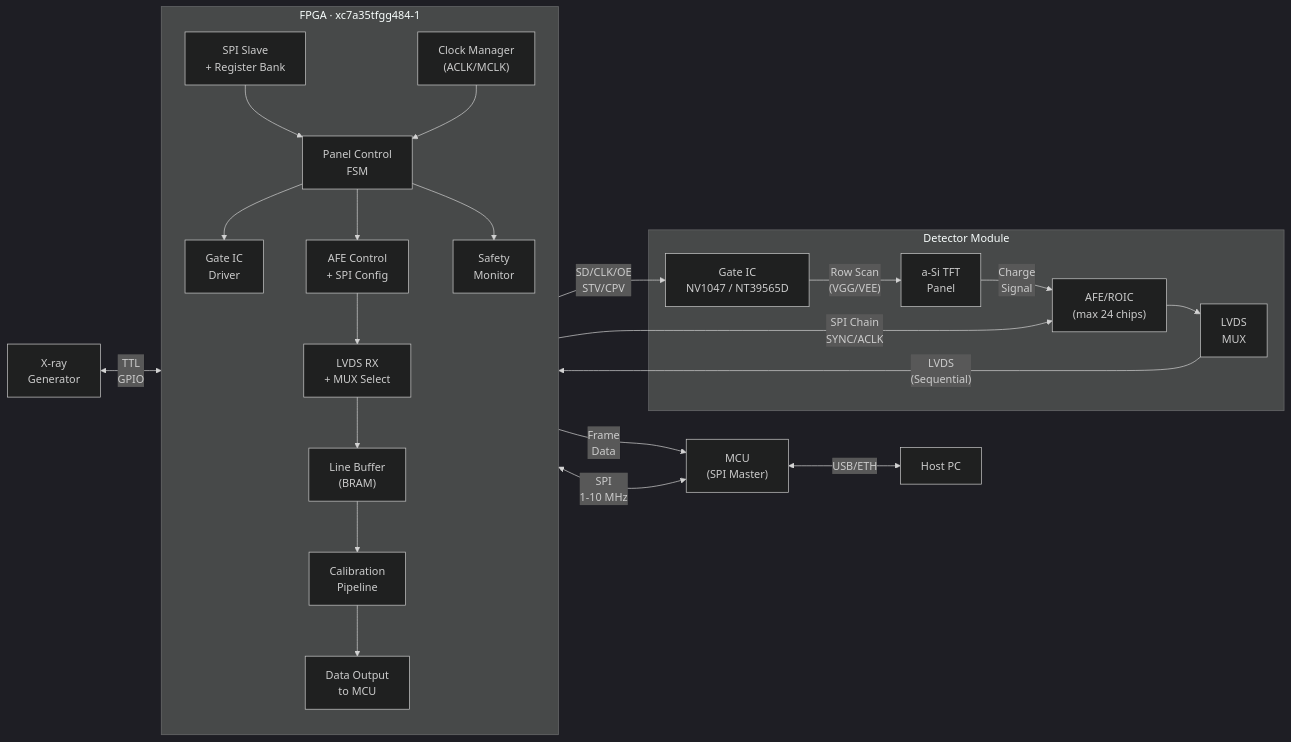
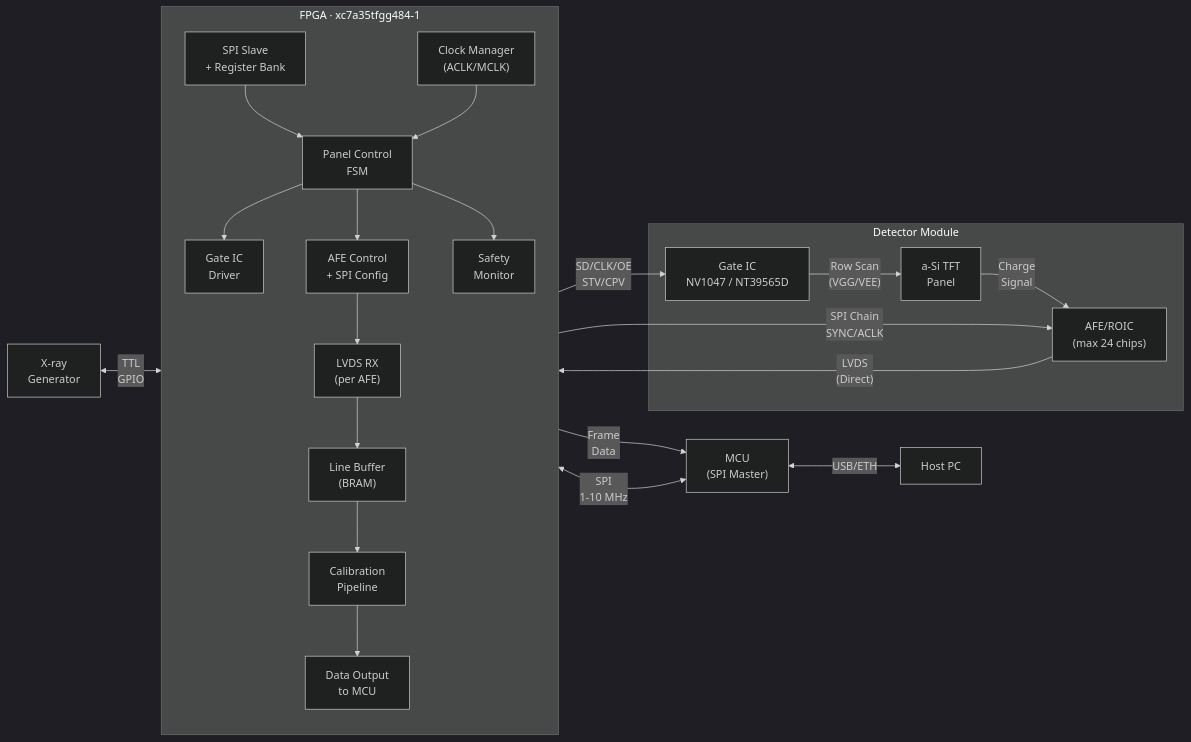
The first of 3 diagrams in README.md (holee9/panel-operation), drawn with Mermaid (dark theme) before and after one commit. The commit also changed other lines of this file, not shown here.

First line of the commit message:
fix: AFE LVDS 직결 구조로 수정 — 외부 MUX 제거

````diff
--- a/README.md
+++ b/README.md
@@ -15,49 +15,47 @@
 ```mermaid
 flowchart LR
     GEN["X-ray\nGenerator"]
     MCU["MCU\n(SPI Master)"]
     PC["Host PC"]
 
     subgraph FPGA["FPGA  ·  xc7a35tfgg484-1"]
         direction TB
         A1["SPI Slave\n+ Register Bank"]
         A2["Clock Manager\n(ACLK/MCLK)"]
         A3["Panel Control\nFSM"]
         A4["Gate IC\nDriver"]
         A5["AFE Control\n+ SPI Config"]
-        A6["LVDS RX\n+ MUX Select"]
+        A6["LVDS RX\n(per AFE)"]
         A7["Line Buffer\n(BRAM)"]
         A8["Calibration\nPipeline"]
         A9["Data Output\nto MCU"]
         A10["Safety\nMonitor"]
 
         A1 --> A3
         A2 --> A3
         A3 --> A4
         A3 --> A5
         A5 --> A6
         A6 --> A7
         A7 --> A8
         A8 --> A9
         A3 --> A10
     end
 
     subgraph DETECTOR["Detector Module"]
         GATE["Gate IC\nNV1047 / NT39565D"]
         PANEL["a-Si TFT\nPanel"]
         AFE["AFE/ROIC\n(max 24 chips)"]
-        LVDSMUX["LVDS\nMUX"]
 
         GATE -->|"Row Scan\n(VGG/VEE)"| PANEL
         PANEL -->|"Charge\nSignal"| AFE
-        AFE --> LVDSMUX
     end
 
     MCU <-->|"SPI\n1-10 MHz"| A1
     A9 -->|"Frame\nData"| MCU
     MCU <-->|"USB/ETH"| PC
     GEN <-->|"TTL\nGPIO"| A3
     A4 -->|"SD/CLK/OE\nSTV/CPV"| GATE
     A5 -->|"SPI Chain\nSYNC/ACLK"| AFE
-    LVDSMUX -->|"LVDS\n(Sequential)"| A6
+    AFE -->|"LVDS\n(Direct)"| A6
 ```
````
